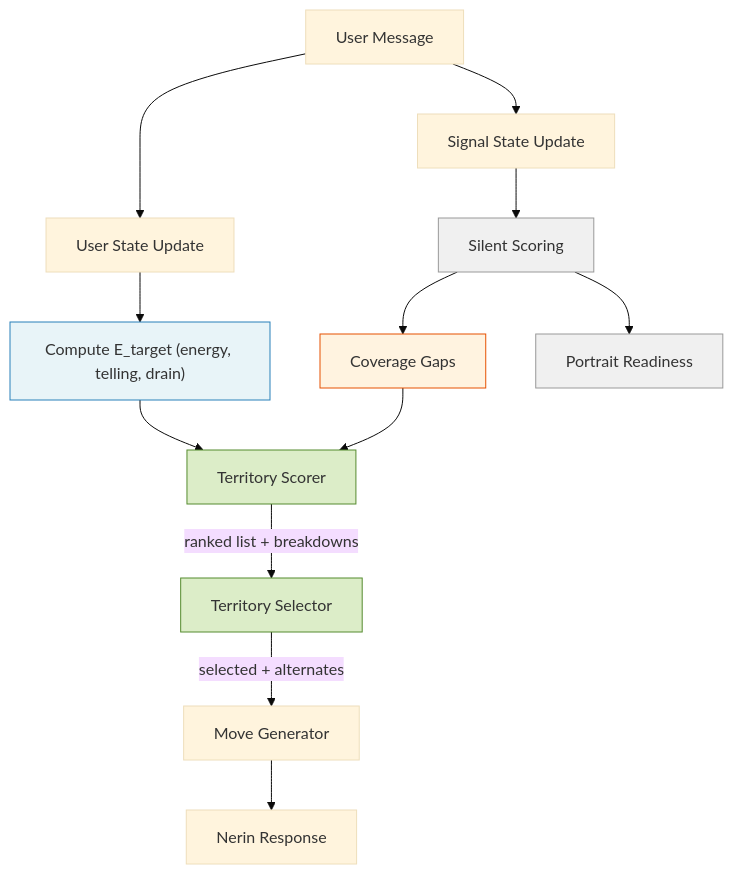
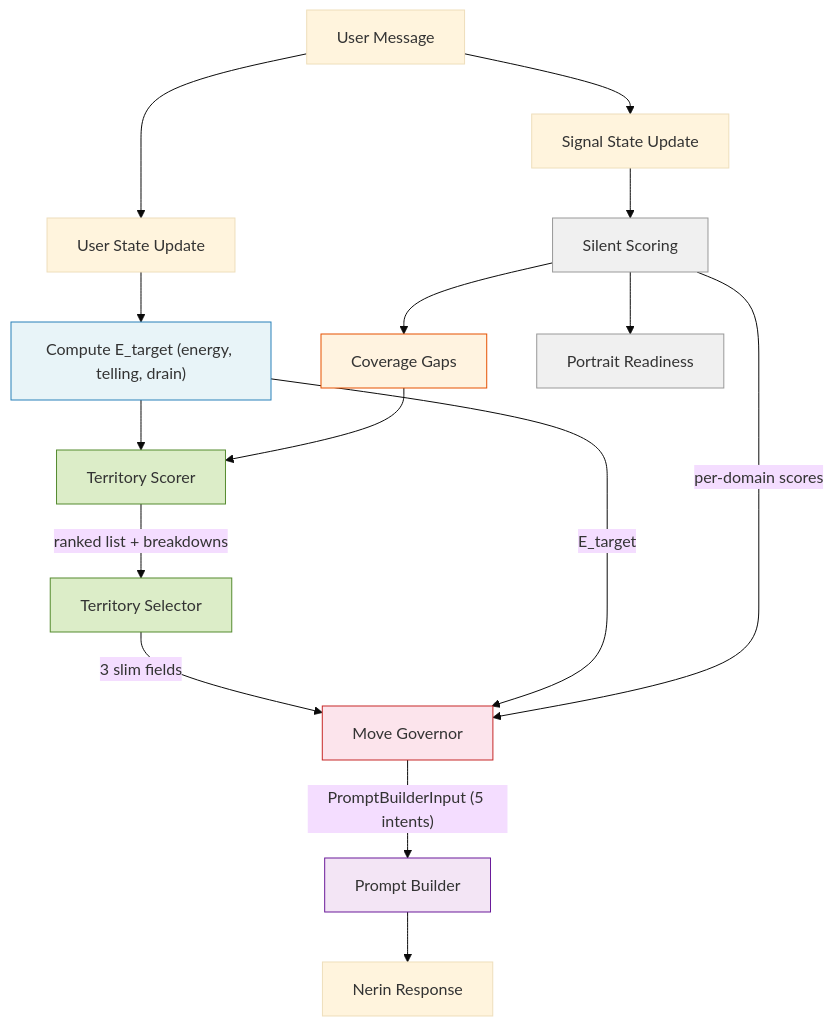
One commit to Wysnard/big-ocean changed the diagram in _bmad-output/planning-artifacts/conversation-pacing-design-decisions.md. Above: the diagram before and after it, drawn with Mermaid (base theme). The commit also changed other lines of this file and 10 other files, not shown here.

Commit message:
chore: architecture for the new conversation xp ready

````diff
--- a/_bmad-output/planning-artifacts/conversation-pacing-design-decisions.md
+++ b/_bmad-output/planning-artifacts/conversation-pacing-design-decisions.md
@@ -320,25 +553,30 @@
 ```mermaid
 flowchart TB
     UM[User Message] --> A[Signal State Update]
     UM --> B[User State Update]
 
     B --> ET["Compute E_target (energy, telling, drain)"]
 
     ET --> TS[Territory Scorer]
     SS --> COV[Coverage Gaps]
     COV --> TS
 
     TS -->|"ranked list + breakdowns"| SEL[Territory Selector]
-    SEL -->|"selected + alternates"| MG[Move Generator]
-    MG --> NR[Nerin Response]
+    SEL -->|"3 slim fields"| GOV[Move Governor]
+    ET -->|"E_target"| GOV
+    SS -->|"per-domain scores"| GOV
+    GOV -->|"PromptBuilderInput (5 intents)"| PB[Prompt Builder]
+    PB --> NR[Nerin Response]
 
     A --> SS[Silent Scoring]
     SS --> PR[Portrait Readiness]
 
     style ET fill:#e8f4f8,stroke:#2980b9
     style TS fill:#dcedc8,stroke:#558b2f
     style SEL fill:#dcedc8,stroke:#558b2f
+    style GOV fill:#fce4ec,stroke:#c62828
+    style PB fill:#f3e5f5,stroke:#6a1b9a
     style COV fill:#fff3e0,stroke:#e65100
     style SS fill:#f0f0f0,stroke:#999
     style PR fill:#f0f0f0,stroke:#999
 ```
````
